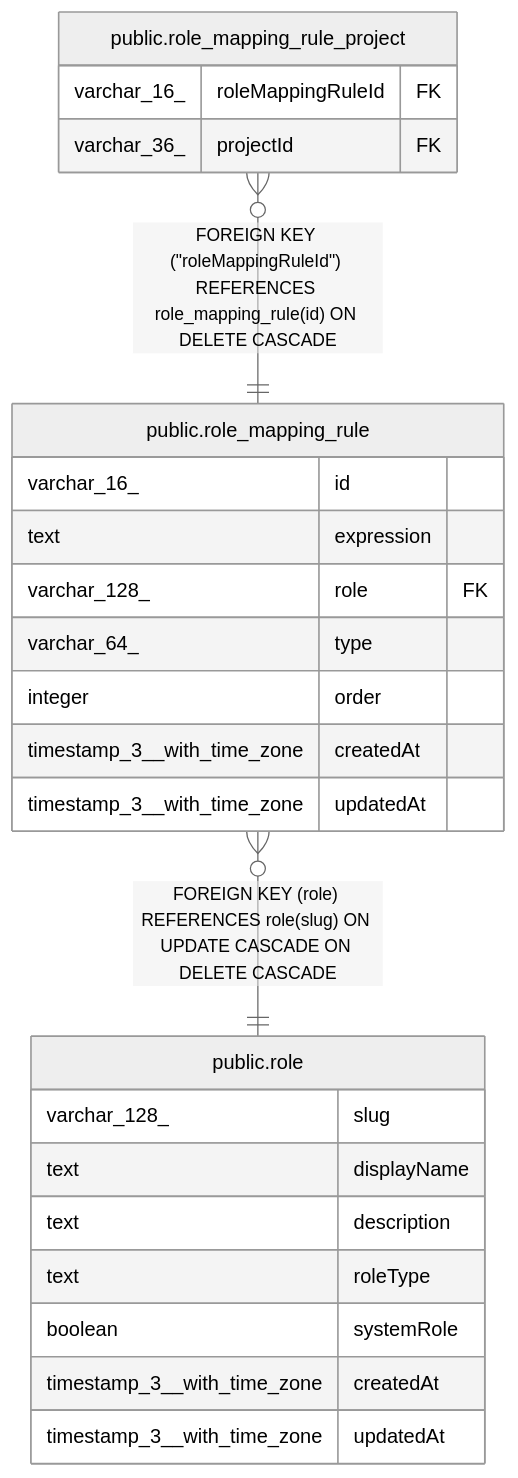
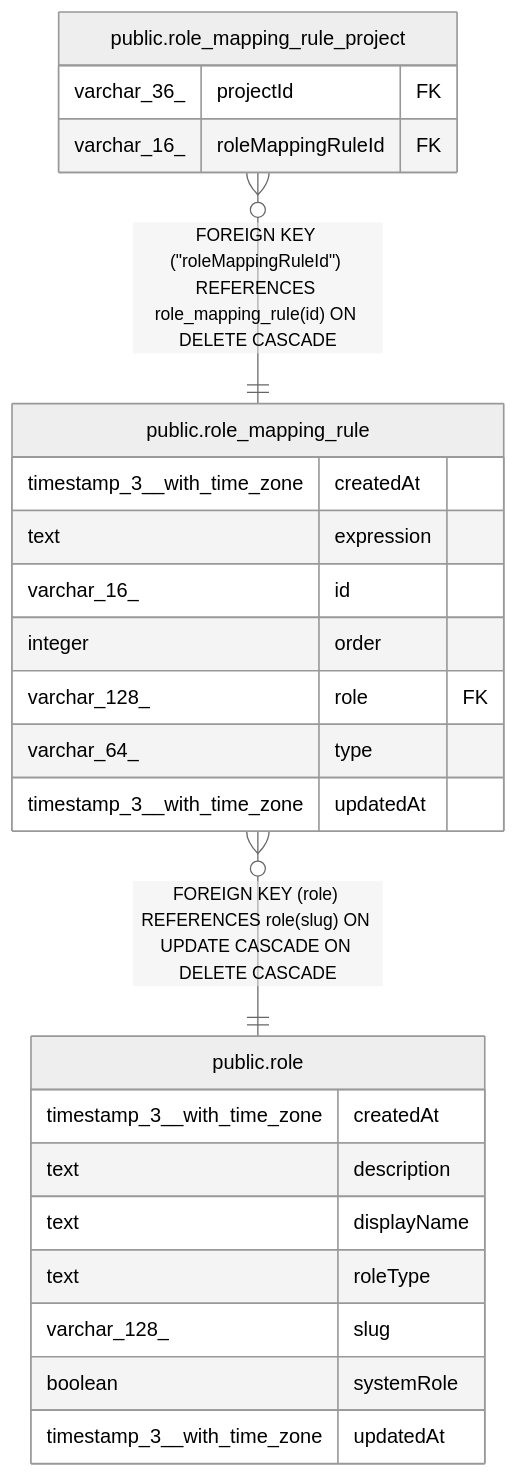
One commit to mayankjain1815-commits/n8n changed the diagram in docs/generated/postgres-schema/public.role_mapping_rule.md. Above: the diagram before and after it, drawn with Mermaid (neutral theme). The commit also changed other lines of this file and 221 other files, not shown here.

Commit message:
chore(core): Make DB schema docs generation deterministic (#32373)

````diff
--- a/docs/generated/postgres-schema/public.role_mapping_rule.md
+++ b/docs/generated/postgres-schema/public.role_mapping_rule.md
@@ -40,29 +40,29 @@
 ```mermaid
 erDiagram
 
 "public.role_mapping_rule_project" }o--|| "public.role_mapping_rule" : "FOREIGN KEY (#quot;roleMappingRuleId#quot;) REFERENCES role_mapping_rule(id) ON DELETE CASCADE"
 "public.role_mapping_rule" }o--|| "public.role" : "FOREIGN KEY (role) REFERENCES role(slug) ON UPDATE CASCADE ON DELETE CASCADE"
 
 "public.role_mapping_rule" {
+  timestamp_3__with_time_zone createdAt
+  text expression
   varchar_16_ id
-  text expression
+  integer order
   varchar_128_ role FK
   varchar_64_ type
-  integer order
-  timestamp_3__with_time_zone createdAt
   timestamp_3__with_time_zone updatedAt
 }
 "public.role_mapping_rule_project" {
+  varchar_36_ projectId FK
   varchar_16_ roleMappingRuleId FK
-  varchar_36_ projectId FK
 }
 "public.role" {
+  timestamp_3__with_time_zone createdAt
+  text description
+  text displayName
+  text roleType
   varchar_128_ slug
-  text displayName
-  text description
-  text roleType
   boolean systemRole
-  timestamp_3__with_time_zone createdAt
   timestamp_3__with_time_zone updatedAt
 }
 ```
````
